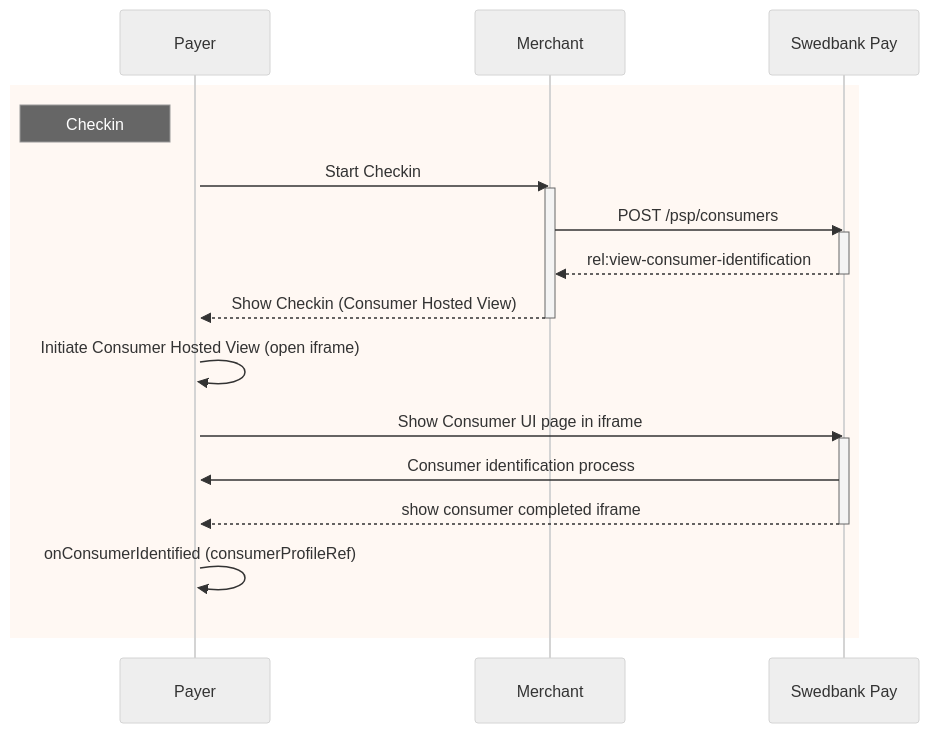
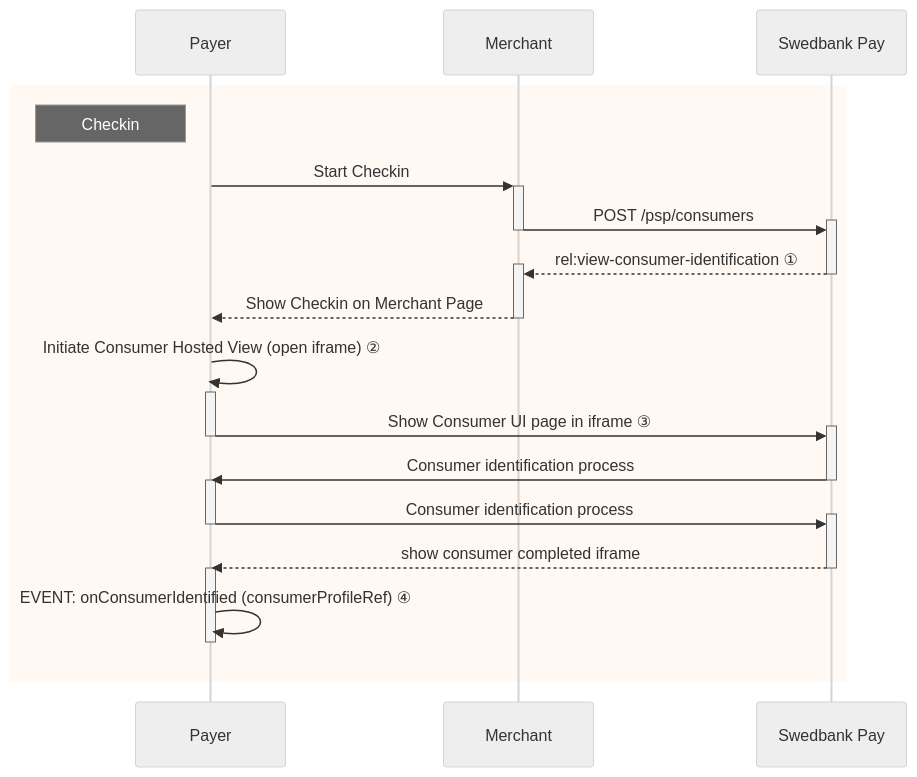
Before and after one commit to SwedbankPay/developer.swedbankpay.com: the diagram in checkout/checkin.md, drawn with Mermaid (neutral theme). The commit also changed 3 other files, not shown here.

Commit message:
DX-332 updated sequence diagrams

````diff
--- a/checkout/checkin.md
+++ b/checkout/checkin.md
@@ -38,28 +38,29 @@
 ```mermaid
 sequenceDiagram
     participant Payer
     participant Merchant
     participant SwedbankPay as Swedbank Pay
 
-    activate Payer
         rect rgba(238, 112, 35, 0.05)
             note left of Payer: Checkin
 
-            Payer ->> Merchant: Start Checkin
-            activate Merchant
-                Merchant ->> SwedbankPay: POST /psp/consumers
-                activate SwedbankPay
-                    SwedbankPay -->> Merchant: rel:view-consumer-identification
-                deactivate SwedbankPay
-                Merchant -->> Payer: Show Checkin (Consumer Hosted View)
+    Payer ->>+ Merchant: Start Checkin
+    Merchant ->>+ SwedbankPay: POST /psp/consumers
+    deactivate Merchant
+    SwedbankPay -->>+ Merchant: rel:view-consumer-identification ①
+    deactivate SwedbankPay
+    Merchant -->>- Payer: Show Checkin on Merchant Page
 
-            deactivate Merchant
-            Payer ->> Payer: Initiate Consumer Hosted View (open iframe)
-            Payer ->> SwedbankPay: Show Consumer UI page in iframe
-            activate SwedbankPay
-                SwedbankPay ->> Payer: Consumer identification process
-                SwedbankPay -->> Payer: show consumer completed iframe
-            deactivate SwedbankPay
-            Payer ->> Payer: onConsumerIdentified (consumerProfileRef)
-        end
+    Payer ->>+ Payer: Initiate Consumer Hosted View (open iframe) ②
+    Payer ->>+ SwedbankPay: Show Consumer UI page in iframe ③
+    deactivate Payer
+    SwedbankPay ->>- Payer: Consumer identification process
+    activate Payer
+    Payer ->>+ SwedbankPay: Consumer identification process
+    deactivate Payer
+    SwedbankPay -->>- Payer: show consumer completed iframe
+    activate Payer
+    Payer ->> Payer: EVENT: onConsumerIdentified (consumerProfileRef) ④
+    deactivate Payer
+    end
 ```
````
